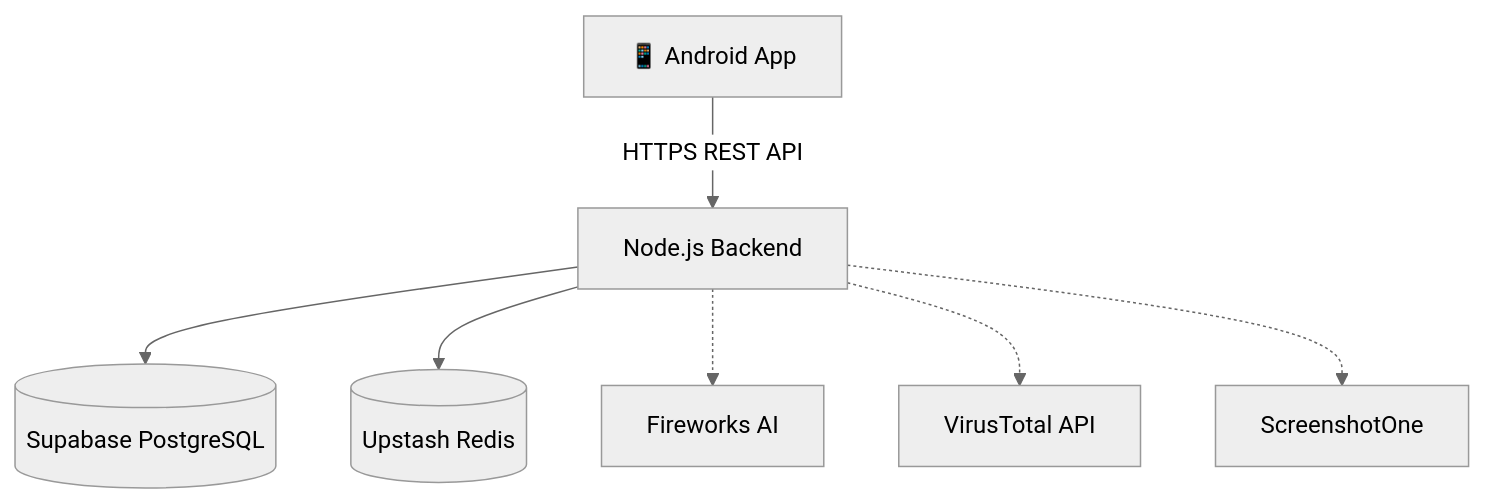
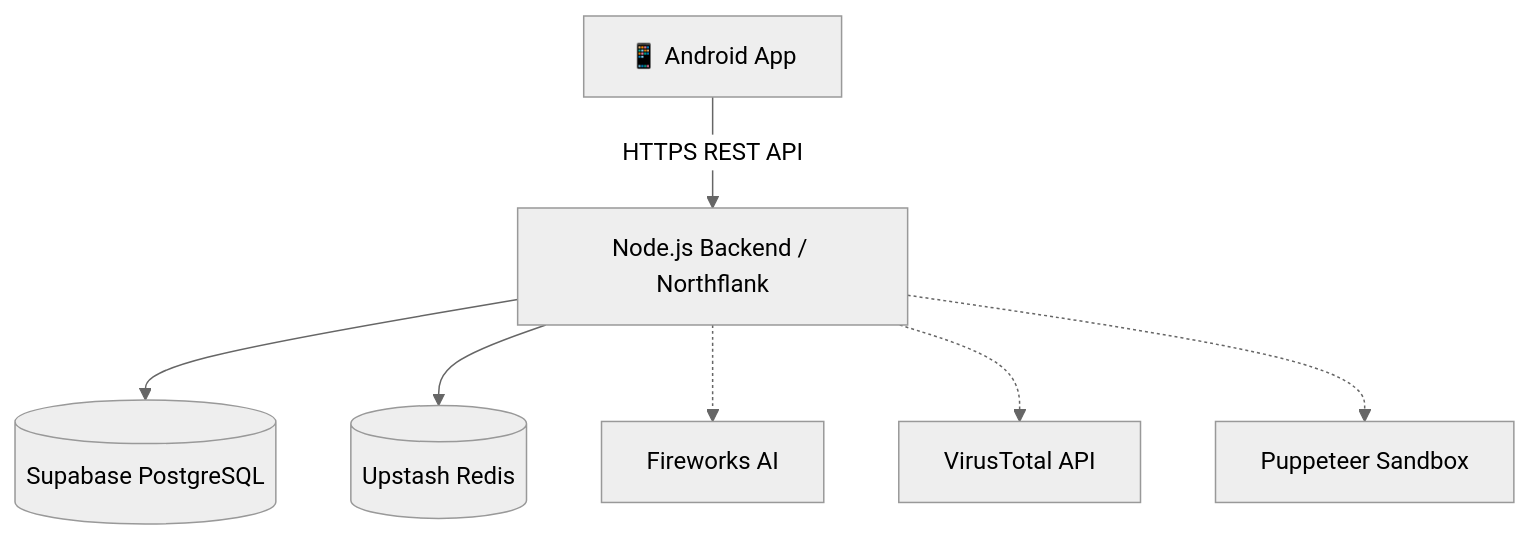
The diagram in README.md (PriyanshSHada/phishtrack), drawn with Mermaid (neutral theme) before and after one commit. The commit also changed other lines of this file, not shown here.

Commit message:
docs: update README with final architectural additions

````diff
--- a/README.md
+++ b/README.md
@@ -41,11 +43,11 @@
 ```mermaid
 graph TD
-    A[📱 Android App] -->|HTTPS REST API| B[Node.js Backend]
+    A[📱 Android App] -->|HTTPS REST API| B[Node.js Backend / Northflank]
     B --> C[(Supabase PostgreSQL)]
     B --> D[(Upstash Redis)]
     
     %% Third Party OSINT & AI Integrations
     B -.-> E[Fireworks AI]
     B -.-> F[VirusTotal API]
-    B -.-> G[ScreenshotOne]
+    B -.-> G[Puppeteer Sandbox]
 ```
````
